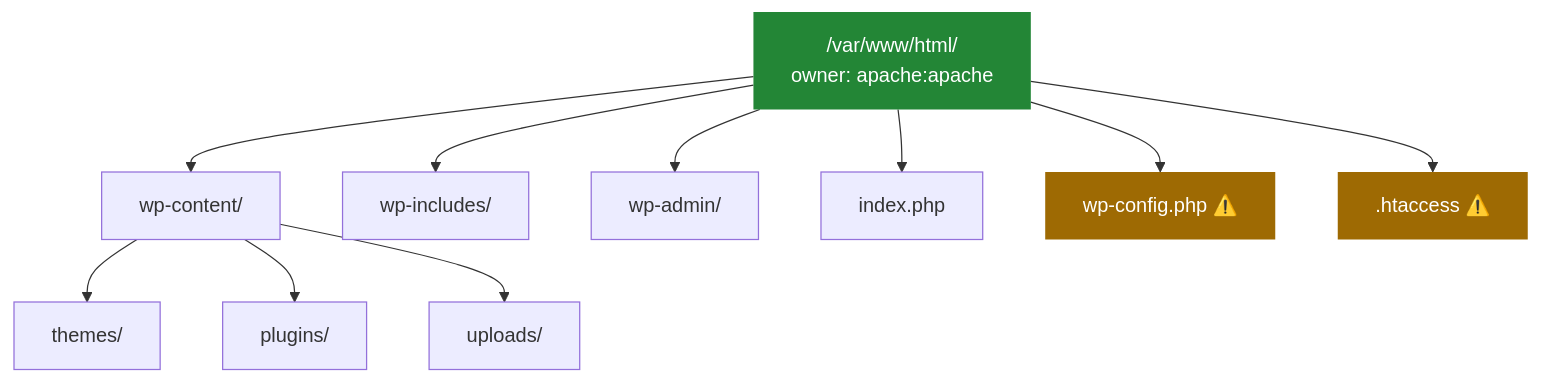
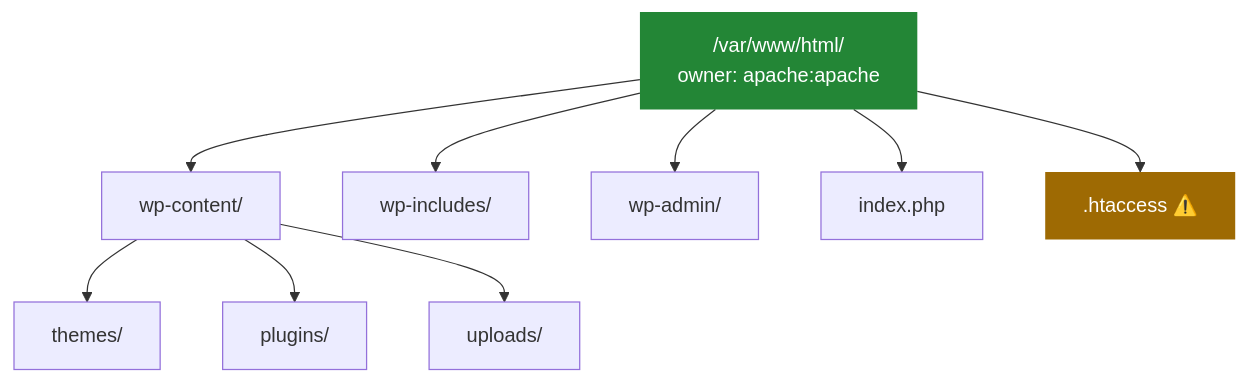
Before and after one commit to danielcregg/dc-labs: the fourth of 5 diagrams in website-labs/wordpress.md, drawn with Mermaid. The commit also changed other lines of this file, not shown here.

````diff
--- a/website-labs/wordpress.md
+++ b/website-labs/wordpress.md
@@ -256,19 +256,17 @@
 ```mermaid
 graph TD
     ROOT["/var/www/html/\nowner: apache:apache"]
 
     ROOT --> WC[wp-content/]
     ROOT --> WI[wp-includes/]
     ROOT --> WA[wp-admin/]
     ROOT --> IDX[index.php]
-    ROOT --> CFG[wp-config.php ⚠️]
     ROOT --> HTX[.htaccess ⚠️]
 
     WC --> THM[themes/]
     WC --> PLG[plugins/]
     WC --> UPL[uploads/]
 
     style ROOT fill:#238636,color:#fff,stroke:none
-    style CFG fill:#9e6a03,color:#fff,stroke:none
     style HTX fill:#9e6a03,color:#fff,stroke:none
 ```
````
